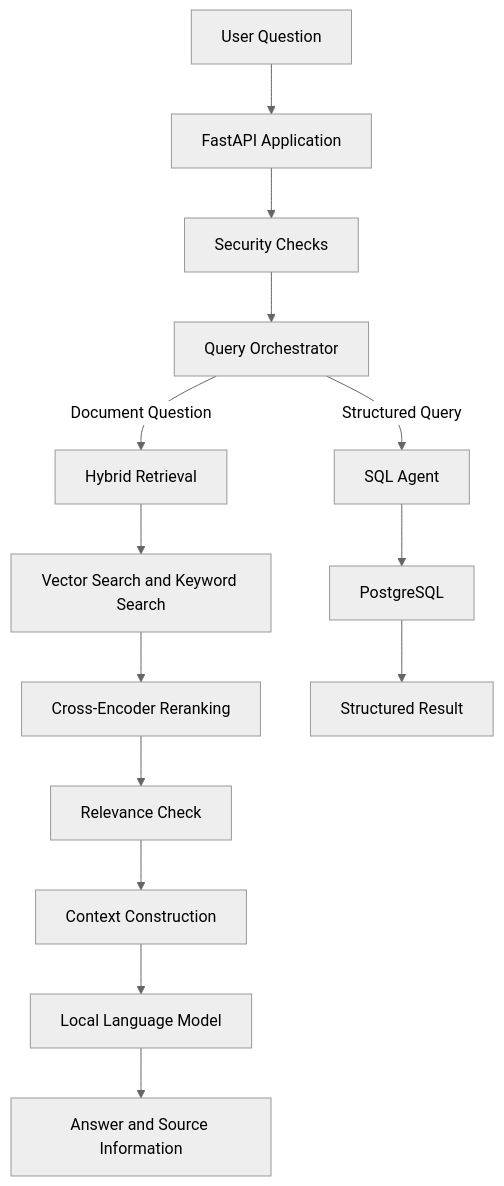
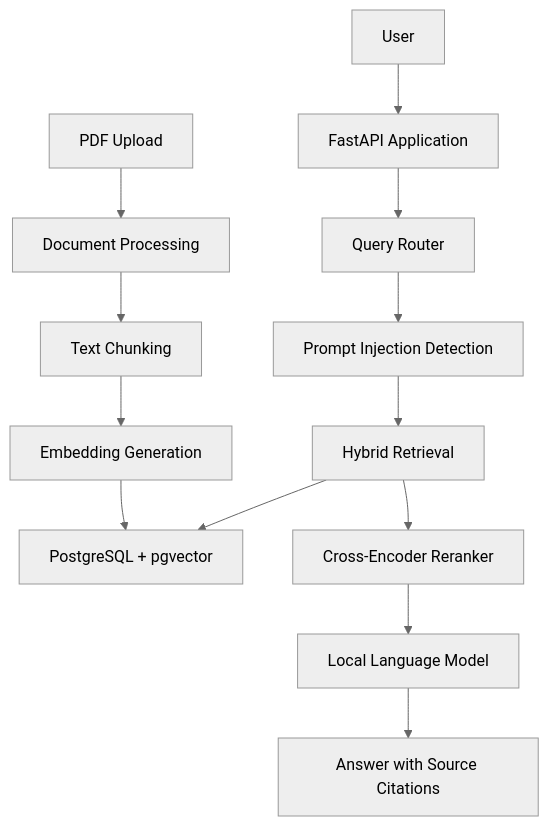
One commit to poojapandit1109-boop/enterprise-ai-rag-platform changed the diagram in README.md. Above: the diagram before and after it, drawn with Mermaid (neutral theme). The commit also changed other lines of this file, not shown here.

````diff
--- a/README.md
+++ b/README.md
@@ -36,16 +7,15 @@
 ```mermaid
 flowchart TD
-    A[User Question] --> B[FastAPI Application]
-    B --> C[Security Checks]
-    C --> D[Query Orchestrator]
-    D -->|Document Question| E[Hybrid Retrieval]
-    D -->|Structured Query| F[SQL Agent]
-    E --> G[Vector Search and Keyword Search]
-    G --> H[Cross-Encoder Reranking]
-    H --> I[Relevance Check]
-    I --> J[Context Construction]
-    J --> K[Local Language Model]
-    K --> L[Answer and Source Information]
-    F --> M[PostgreSQL]
-    M --> N[Structured Result]
+    A[User] --> B[FastAPI Application]
+    B --> C[Query Router]
+    C --> D[Prompt Injection Detection]
+    D --> E[Hybrid Retrieval]
+    E --> F[PostgreSQL + pgvector]
+    E --> G[Cross-Encoder Reranker]
+    G --> H[Local Language Model]
+    H --> I[Answer with Source Citations]
+    J[PDF Upload] --> K[Document Processing]
+    K --> L[Text Chunking]
+    L --> M[Embedding Generation]
+    M --> F
 ```
````
